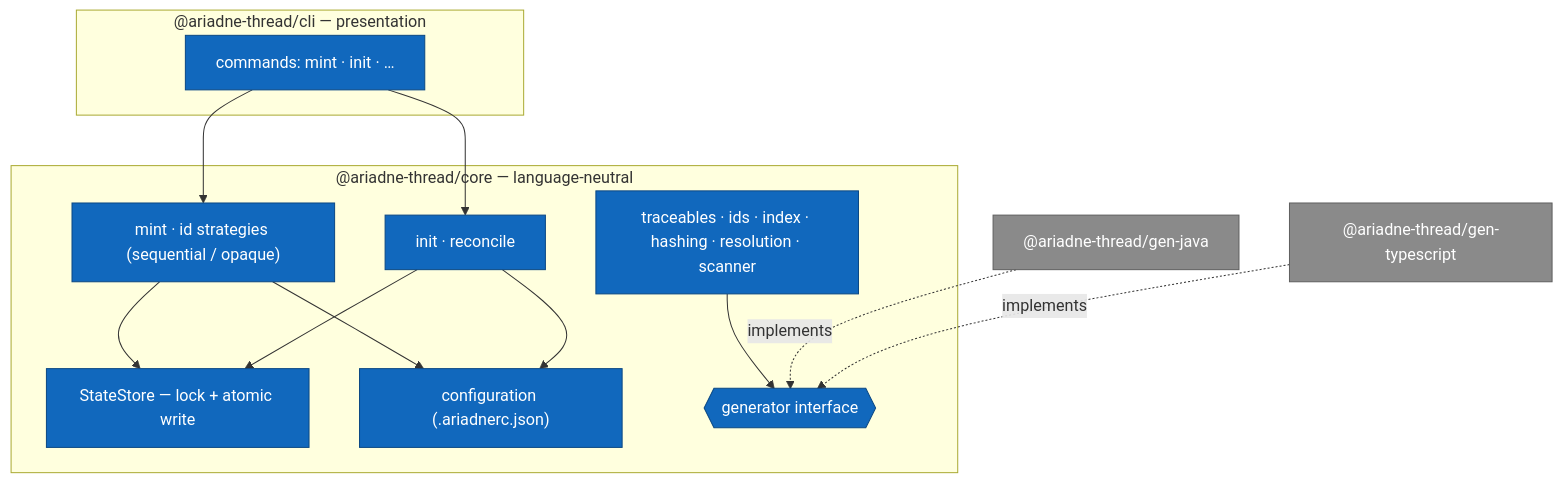
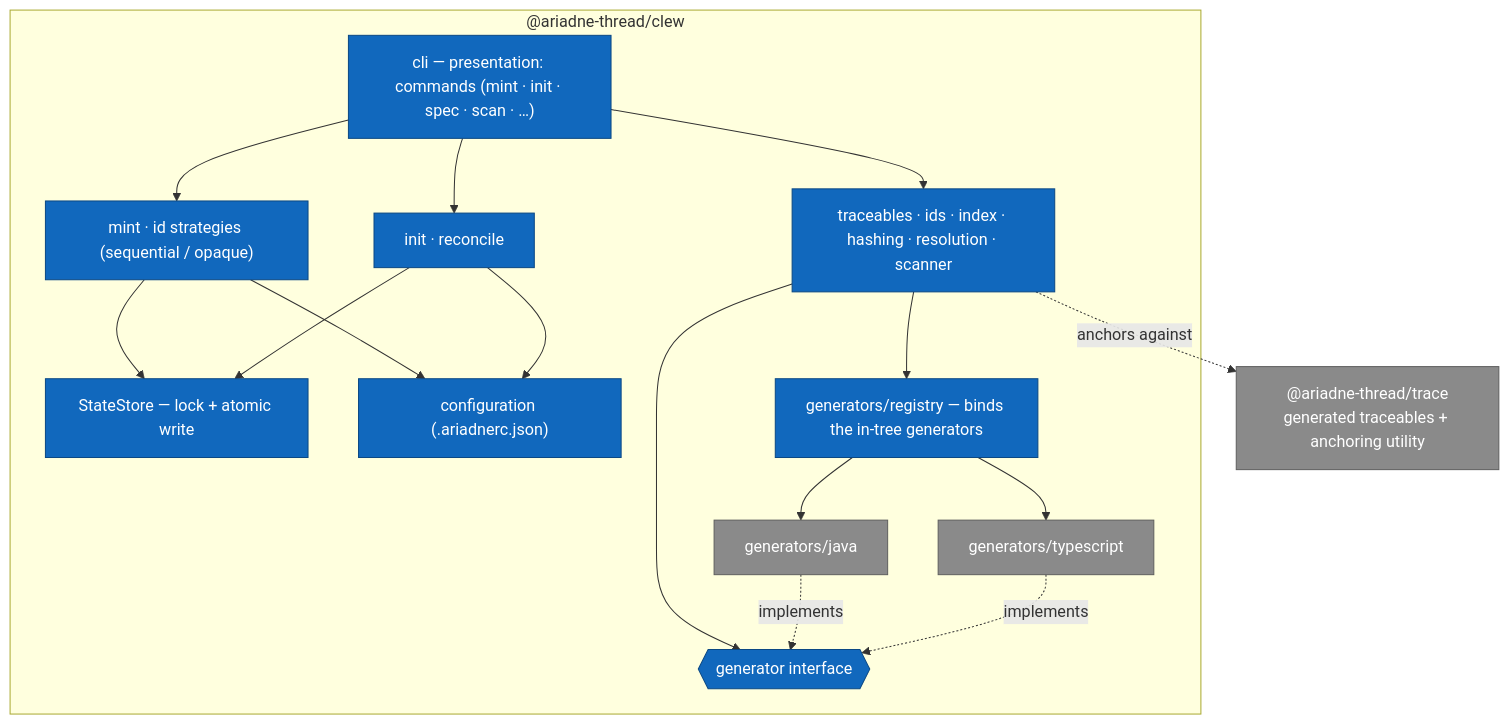
The second of 2 diagrams in docs/spec/architecture.md (ariadne-systems/clew), drawn with Mermaid before and after one commit. The commit also changed other lines of this file and 161 other files, not shown here.

First line of the commit message:
refactor(STR-028): fold generators and CLI into @ariadne-thread/clew

````diff
--- a/docs/spec/architecture.md
+++ b/docs/spec/architecture.md
@@ -95,31 +95,36 @@
 ```mermaid
 flowchart TB
-    subgraph cli["@ariadne-thread/cli — presentation"]
-        cmds["commands: mint · init · …"]
-    end
-    subgraph core["@ariadne-thread/core — language-neutral"]
+    subgraph clew["@ariadne-thread/clew"]
+        cmds["cli — presentation: commands (mint · init · spec · scan · …)"]
         mintc["mint · id strategies (sequential / opaque)"]
         initc["init · reconcile"]
         store["StateStore — lock + atomic write"]
         cfg["configuration (.ariadnerc.json)"]
         engine["traceables · ids · index · hashing · resolution · scanner"]
         iface{{"generator interface"}}
+        registry["generators/registry — binds the in-tree generators"]
+        genjava["generators/java"]
+        gents["generators/typescript"]
     end
-    genjava["@ariadne-thread/gen-java"]
-    gents["@ariadne-thread/gen-typescript"]
+    trace["@ariadne-thread/trace<br/>generated traceables + anchoring utility"]
 
     cmds --> mintc
     cmds --> initc
+    cmds --> engine
     mintc --> store
     initc --> store
     mintc --> cfg
     initc --> cfg
     engine --> iface
+    engine --> registry
+    registry --> genjava
+    registry --> gents
     genjava -. implements .-> iface
     gents -. implements .-> iface
+    engine -. anchors against .-> trace
 
     classDef pkg fill:#1168bd,color:#fff,stroke:#0b4884;
     classDef gen fill:#8a8a8a,color:#fff,stroke:#5f5f5f;
-    class cmds,mintc,initc,store,cfg,engine,iface pkg;
-    class genjava,gents gen;
+    class cmds,mintc,initc,store,cfg,engine,iface,registry pkg;
+    class genjava,gents,trace gen;
 ```
````
